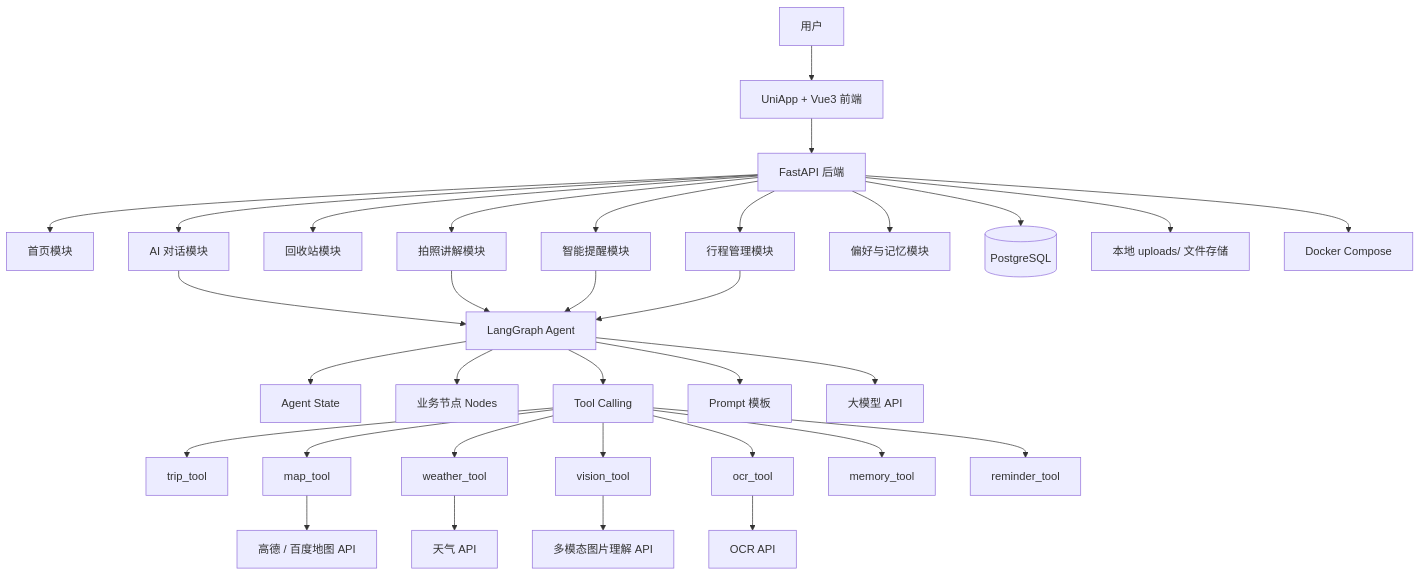
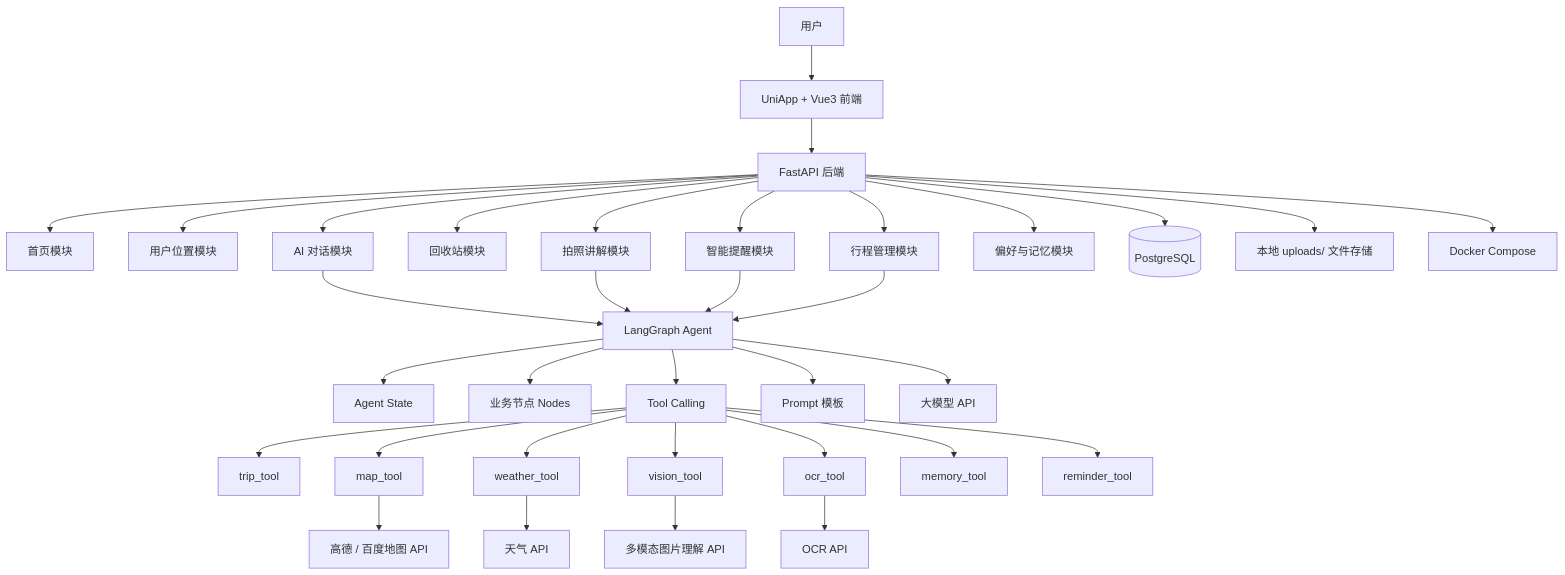
The first of 10 diagrams in docs/技术设计文档.md (linzch23/DaoYou), drawn with Mermaid before and after one commit. The commit also changed other lines of this file and 3 other files, not shown here.

````diff
--- a/docs/技术设计文档.md
+++ b/docs/技术设计文档.md
@@ -77,42 +77,43 @@
 ```mermaid
 flowchart TD
     U[用户] --> F[UniApp + Vue3 前端]
     F --> API[FastAPI 后端]
 
     API --> Home[首页模块]
+    API --> Location[用户位置模块]
     API --> Trip[行程管理模块]
     API --> Trash[回收站模块]
     API --> Chat[AI 对话模块]
     API --> Photo[拍照讲解模块]
     API --> Reminder[智能提醒模块]
     API --> Pref[偏好与记忆模块]
 
     Chat --> Agent[LangGraph Agent]
     Photo --> Agent
     Reminder --> Agent
     Trip --> Agent
 
     Agent --> State[Agent State]
     Agent --> Nodes[业务节点 Nodes]
     Agent --> Tools[Tool Calling]
     Agent --> Prompts[Prompt 模板]
 
     Tools --> TripTool[trip_tool]
     Tools --> MapTool[map_tool]
     Tools --> WeatherTool[weather_tool]
     Tools --> VisionTool[vision_tool]
     Tools --> OCRTool[ocr_tool]
     Tools --> MemoryTool[memory_tool]
     Tools --> ReminderTool[reminder_tool]
 
     API --> PG[(PostgreSQL)]
     API --> Uploads[本地 uploads/ 文件存储]
 
     VisionTool --> VisionAPI[多模态图片理解 API]
     OCRTool --> OCRAPI[OCR API]
     Agent --> LLM[大模型 API]
     MapTool --> MapAPI[高德 / 百度地图 API]
     WeatherTool --> WeatherAPI[天气 API]
 
     API --> Docker[Docker Compose]
 ```
````
